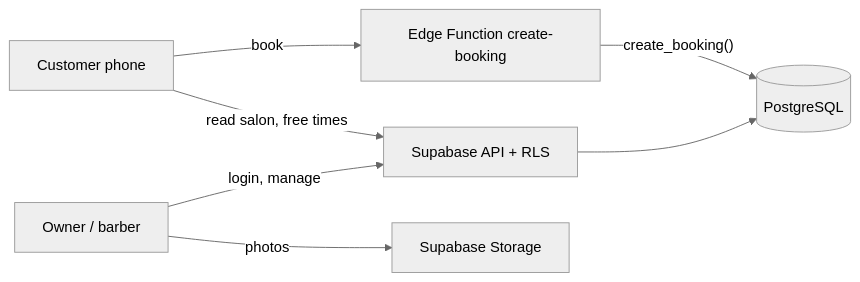
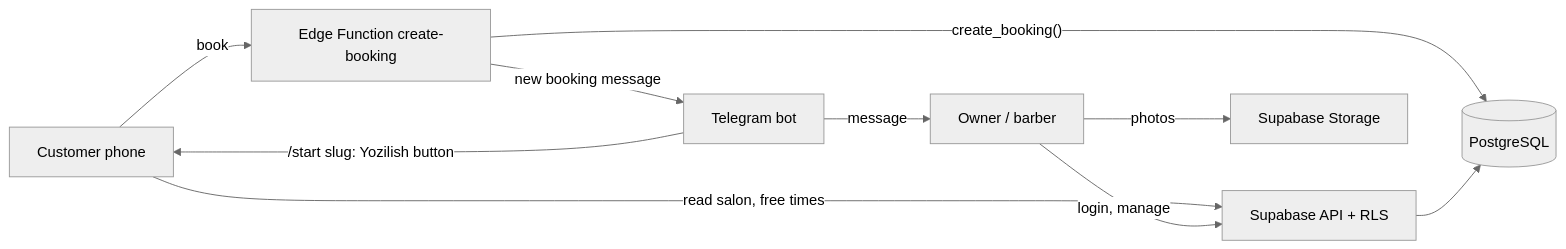
Before and after one commit to ergashjonramazonov150-design/navbatly: the diagram in README.md, drawn with Mermaid (neutral theme). The commit also changed other lines of this file and 1 other file, not shown here.

Commit message:
docs: README (Telegram, Mini App, calendar, manual booking, security headers + captcha, landing/privacy, test counts) and CLAUDE.md status

````diff
--- a/README.md
+++ b/README.md
@@ -86,7 +111,10 @@
 ```mermaid
 flowchart LR
   C[Customer phone] -- read salon, free times --> API[Supabase API + RLS]
   C -- book --> EF[Edge Function create-booking] -- create_booking() --> DB[(PostgreSQL)]
+  EF -- new booking message --> TG[Telegram bot]
+  TG -- /start slug: Yozilish button --> C
   O[Owner / barber] -- login, manage --> API --> DB
   O -- photos --> ST[Supabase Storage]
+  TG -- message --> O
 ```
````
